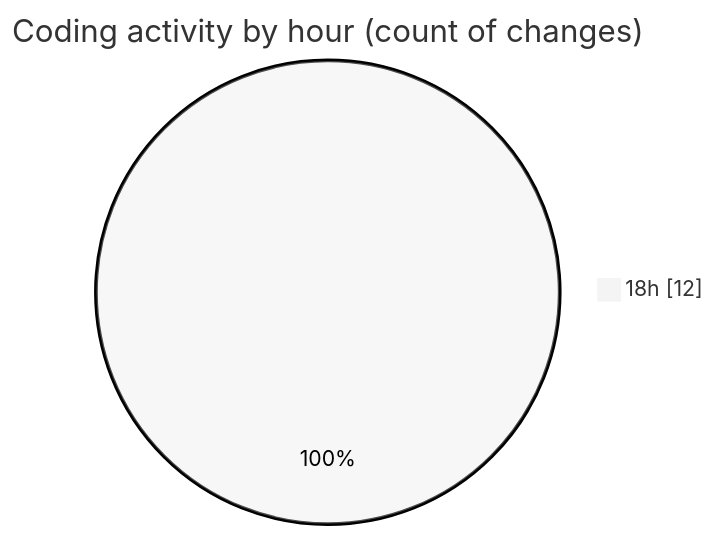
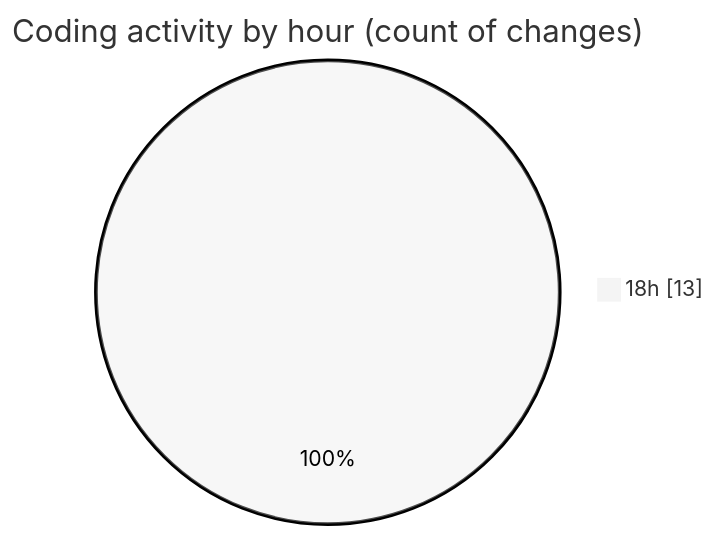
One commit to donsfak/code-tracking changed the second of 2 diagrams in 2025-02-04/maps_clone/README.md. Above: the diagram before and after it, drawn with Mermaid (neutral theme). The commit also changed other lines of this file and 1 other file, not shown here.

````diff
--- a/2025-02-04/maps_clone/README.md
+++ b/2025-02-04/maps_clone/README.md
@@ -31,5 +33,5 @@
 ```mermaid
 pie showData
 title Coding activity by hour (count of changes)
-"18h" : 12
+"18h" : 13
 ```
````
